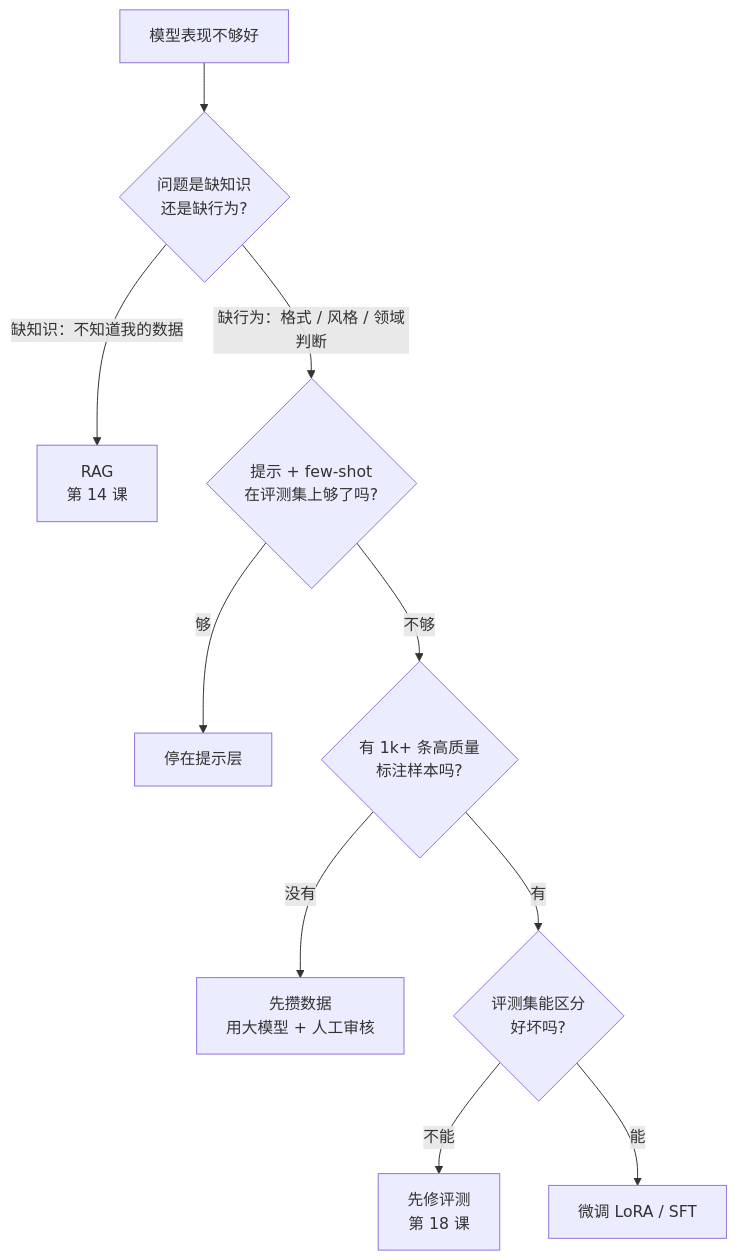
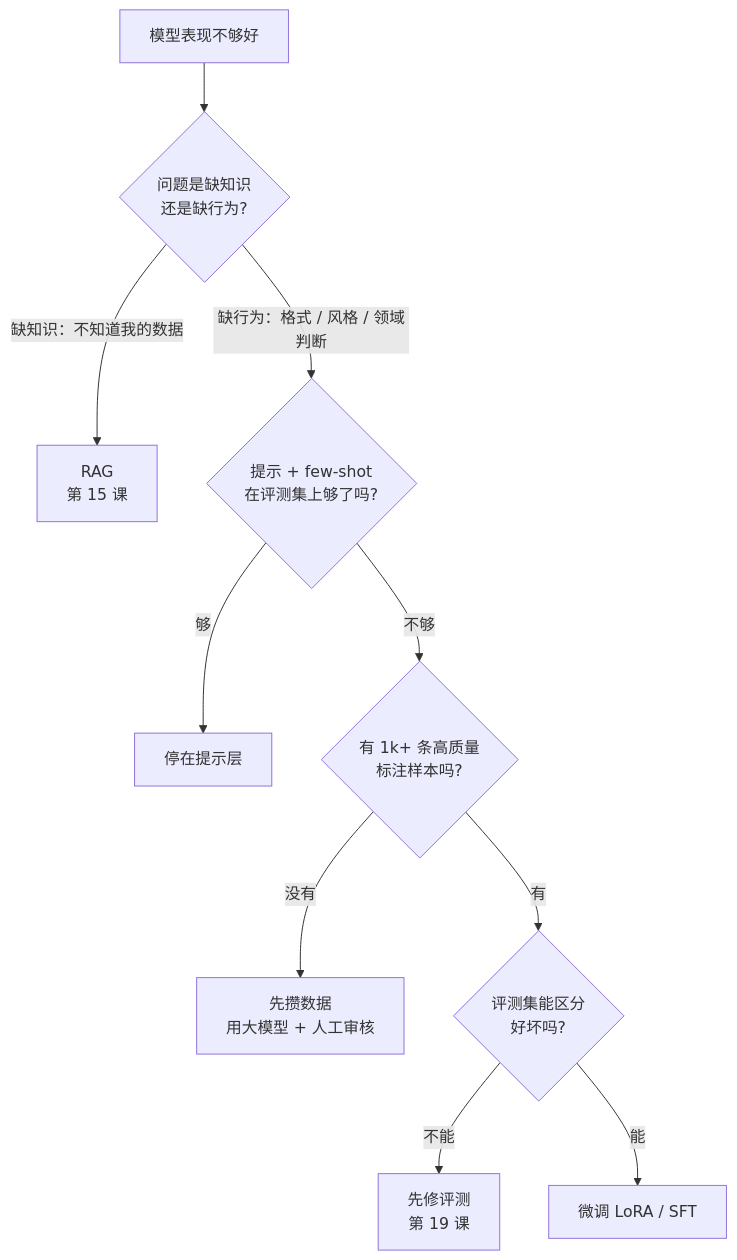
One commit to lance2016/ai-app-engineering changed the diagram in lessons/model-adaptation-finetuning-inference/README.md. Above: the diagram before and after it, drawn with Mermaid. The commit also changed other lines of this file and 43 other files, not shown here.

````diff
--- a/lessons/model-adaptation-finetuning-inference/README.md
+++ b/lessons/model-adaptation-finetuning-inference/README.md
@@ -30,12 +30,12 @@
 ```mermaid
 flowchart TD
     Q[模型表现不够好] --> A{问题是缺知识<br/>还是缺行为?}
-    A -- 缺知识：不知道我的数据 --> R[RAG<br/>第 14 课]
+    A -- 缺知识：不知道我的数据 --> R[RAG<br/>第 15 课]
     A -- 缺行为：格式 / 风格 / 领域判断 --> B{提示 + few-shot<br/>在评测集上够了吗?}
     B -- 够 --> P[停在提示层]
     B -- 不够 --> C{有 1k+ 条高质量<br/>标注样本吗?}
     C -- 没有 --> D[先攒数据<br/>用大模型 + 人工审核]
     C -- 有 --> E{评测集能区分<br/>好坏吗?}
-    E -- 不能 --> F[先修评测<br/>第 18 课]
+    E -- 不能 --> F[先修评测<br/>第 19 课]
     E -- 能 --> G[微调 LoRA / SFT]
 ```
````
